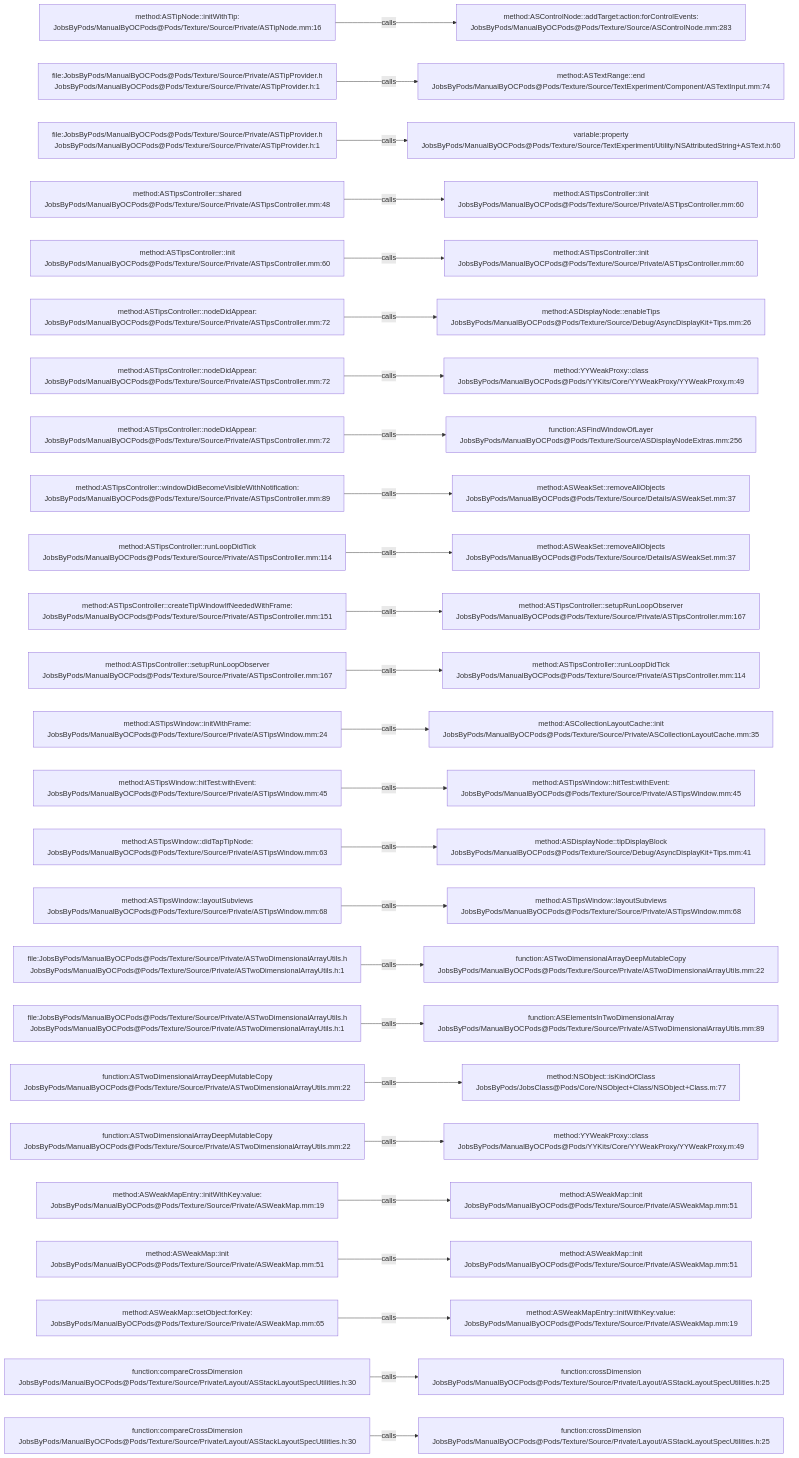
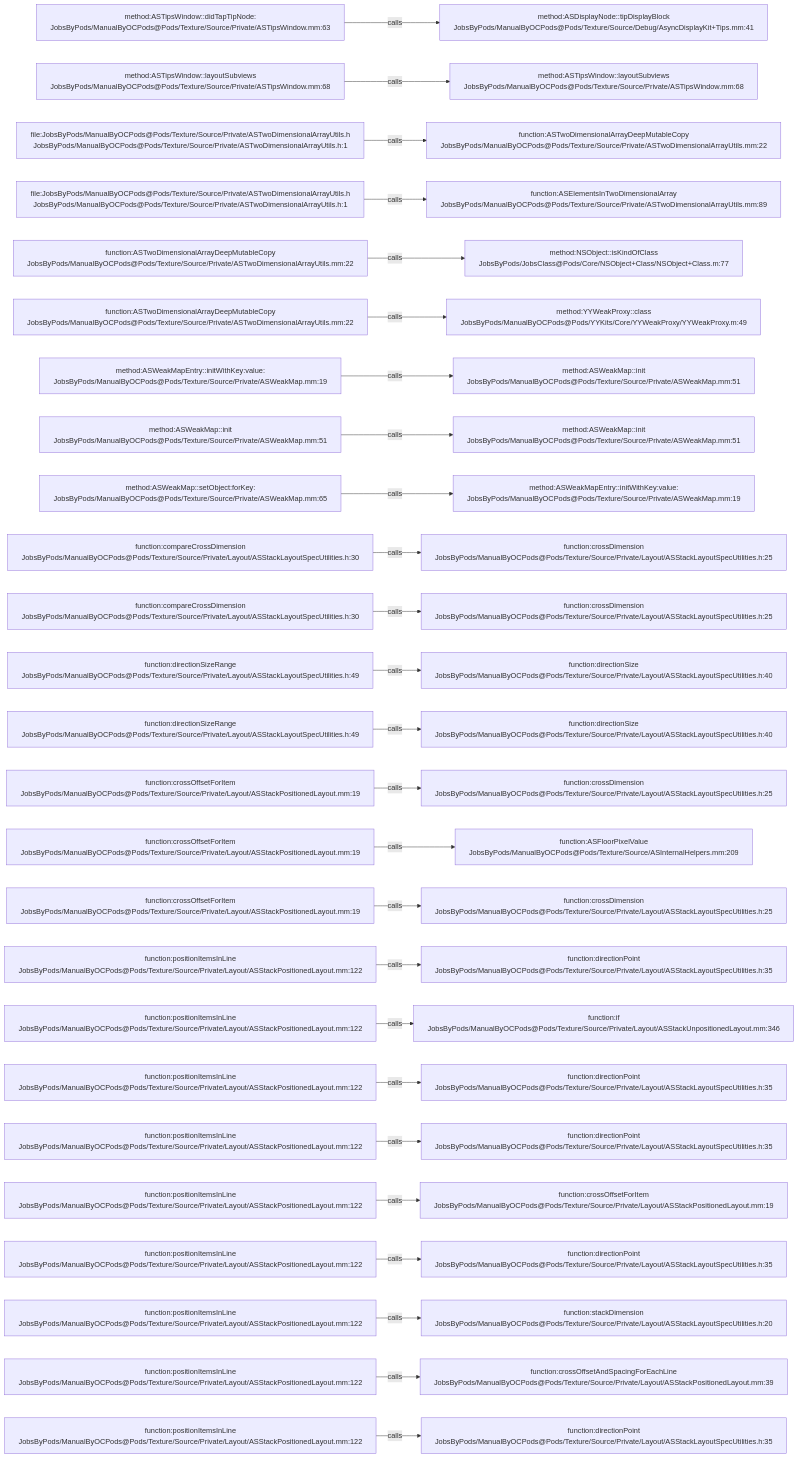
Before and after one commit to JobsKits/JobsOCBaseConfigDemo: the diagram in .codegraph/codegraph.md/graphs/calls-194.md, drawn with Mermaid. The commit also changed 296 other files, not shown here.

````diff
--- a/.codegraph/codegraph.md/graphs/calls-194.md
+++ b/.codegraph/codegraph.md/graphs/calls-194.md
@@ -13,78 +13,78 @@
 ```mermaid
 flowchart LR
-  S1["method:ASTipNode::initWithTip:<br/>JobsByPods/ManualByOCPods@Pods/Texture/Source/Private/ASTipNode.mm:16"]
-  T1["method:ASControlNode::addTarget:action:forControlEvents:<br/>JobsByPods/ManualByOCPods@Pods/Texture/Source/ASControlNode.mm:283"]
+  S1["method:ASTipsWindow::didTapTipNode:<br/>JobsByPods/ManualByOCPods@Pods/Texture/Source/Private/ASTipsWindow.mm:63"]
+  T1["method:ASDisplayNode::tipDisplayBlock<br/>JobsByPods/ManualByOCPods@Pods/Texture/Source/Debug/AsyncDisplayKit+Tips.mm:41"]
   S1 -->|calls| T1
-  S2["file:JobsByPods/ManualByOCPods@Pods/Texture/Source/Private/ASTipProvider.h<br/>JobsByPods/ManualByOCPods@Pods/Texture/Source/Private/ASTipProvider.h:1"]
-  T2["method:ASTextRange::end<br/>JobsByPods/ManualByOCPods@Pods/Texture/Source/TextExperiment/Component/ASTextInput.mm:74"]
+  S2["method:ASTipsWindow::layoutSubviews<br/>JobsByPods/ManualByOCPods@Pods/Texture/Source/Private/ASTipsWindow.mm:68"]
+  T2["method:ASTipsWindow::layoutSubviews<br/>JobsByPods/ManualByOCPods@Pods/Texture/Source/Private/ASTipsWindow.mm:68"]
   S2 -->|calls| T2
-  S3["file:JobsByPods/ManualByOCPods@Pods/Texture/Source/Private/ASTipProvider.h<br/>JobsByPods/ManualByOCPods@Pods/Texture/Source/Private/ASTipProvider.h:1"]
-  T3["variable:property<br/>JobsByPods/ManualByOCPods@Pods/Texture/Source/TextExperiment/Utility/NSAttributedString+ASText.h:60"]
+  S3["file:JobsByPods/ManualByOCPods@Pods/Texture/Source/Private/ASTwoDimensionalArrayUtils.h<br/>JobsByPods/ManualByOCPods@Pods/Texture/Source/Private/ASTwoDimensionalArrayUtils.h:1"]
+  T3["function:ASTwoDimensionalArrayDeepMutableCopy<br/>JobsByPods/ManualByOCPods@Pods/Texture/Source/Private/ASTwoDimensionalArrayUtils.mm:22"]
   S3 -->|calls| T3
-  S4["method:ASTipsController::shared<br/>JobsByPods/ManualByOCPods@Pods/Texture/Source/Private/ASTipsController.mm:48"]
-  T4["method:ASTipsController::init<br/>JobsByPods/ManualByOCPods@Pods/Texture/Source/Private/ASTipsController.mm:60"]
+  S4["file:JobsByPods/ManualByOCPods@Pods/Texture/Source/Private/ASTwoDimensionalArrayUtils.h<br/>JobsByPods/ManualByOCPods@Pods/Texture/Source/Private/ASTwoDimensionalArrayUtils.h:1"]
+  T4["function:ASElementsInTwoDimensionalArray<br/>JobsByPods/ManualByOCPods@Pods/Texture/Source/Private/ASTwoDimensionalArrayUtils.mm:89"]
   S4 -->|calls| T4
-  S5["method:ASTipsController::init<br/>JobsByPods/ManualByOCPods@Pods/Texture/Source/Private/ASTipsController.mm:60"]
-  T5["method:ASTipsController::init<br/>JobsByPods/ManualByOCPods@Pods/Texture/Source/Private/ASTipsController.mm:60"]
+  S5["function:ASTwoDimensionalArrayDeepMutableCopy<br/>JobsByPods/ManualByOCPods@Pods/Texture/Source/Private/ASTwoDimensionalArrayUtils.mm:22"]
+  T5["method:NSObject::isKindOfClass<br/>JobsByPods/JobsClass@Pods/Core/NSObject+Class/NSObject+Class.m:77"]
   S5 -->|calls| T5
-  S6["method:ASTipsController::nodeDidAppear:<br/>JobsByPods/ManualByOCPods@Pods/Texture/Source/Private/ASTipsController.mm:72"]
-  T6["method:ASDisplayNode::enableTips<br/>JobsByPods/ManualByOCPods@Pods/Texture/Source/Debug/AsyncDisplayKit+Tips.mm:26"]
+  S6["function:ASTwoDimensionalArrayDeepMutableCopy<br/>JobsByPods/ManualByOCPods@Pods/Texture/Source/Private/ASTwoDimensionalArrayUtils.mm:22"]
+  T6["method:YYWeakProxy::class<br/>JobsByPods/ManualByOCPods@Pods/YYKits/Core/YYWeakProxy/YYWeakProxy.m:49"]
   S6 -->|calls| T6
-  S7["method:ASTipsController::nodeDidAppear:<br/>JobsByPods/ManualByOCPods@Pods/Texture/Source/Private/ASTipsController.mm:72"]
-  T7["method:YYWeakProxy::class<br/>JobsByPods/ManualByOCPods@Pods/YYKits/Core/YYWeakProxy/YYWeakProxy.m:49"]
+  S7["method:ASWeakMapEntry::initWithKey:value:<br/>JobsByPods/ManualByOCPods@Pods/Texture/Source/Private/ASWeakMap.mm:19"]
+  T7["method:ASWeakMap::init<br/>JobsByPods/ManualByOCPods@Pods/Texture/Source/Private/ASWeakMap.mm:51"]
   S7 -->|calls| T7
-  S8["method:ASTipsController::nodeDidAppear:<br/>JobsByPods/ManualByOCPods@Pods/Texture/Source/Private/ASTipsController.mm:72"]
-  T8["function:ASFindWindowOfLayer<br/>JobsByPods/ManualByOCPods@Pods/Texture/Source/ASDisplayNodeExtras.mm:256"]
+  S8["method:ASWeakMap::init<br/>JobsByPods/ManualByOCPods@Pods/Texture/Source/Private/ASWeakMap.mm:51"]
+  T8["method:ASWeakMap::init<br/>JobsByPods/ManualByOCPods@Pods/Texture/Source/Private/ASWeakMap.mm:51"]
   S8 -->|calls| T8
-  S9["method:ASTipsController::windowDidBecomeVisibleWithNotification:<br/>JobsByPods/ManualByOCPods@Pods/Texture/Source/Private/ASTipsController.mm:89"]
-  T9["method:ASWeakSet::removeAllObjects<br/>JobsByPods/ManualByOCPods@Pods/Texture/Source/Details/ASWeakSet.mm:37"]
+  S9["method:ASWeakMap::setObject:forKey:<br/>JobsByPods/ManualByOCPods@Pods/Texture/Source/Private/ASWeakMap.mm:65"]
+  T9["method:ASWeakMapEntry::initWithKey:value:<br/>JobsByPods/ManualByOCPods@Pods/Texture/Source/Private/ASWeakMap.mm:19"]
   S9 -->|calls| T9
-  S10["method:ASTipsController::runLoopDidTick<br/>JobsByPods/ManualByOCPods@Pods/Texture/Source/Private/ASTipsController.mm:114"]
-  T10["method:ASWeakSet::removeAllObjects<br/>JobsByPods/ManualByOCPods@Pods/Texture/Source/Details/ASWeakSet.mm:37"]
+  S10["function:compareCrossDimension<br/>JobsByPods/ManualByOCPods@Pods/Texture/Source/Private/Layout/ASStackLayoutSpecUtilities.h:30"]
+  T10["function:crossDimension<br/>JobsByPods/ManualByOCPods@Pods/Texture/Source/Private/Layout/ASStackLayoutSpecUtilities.h:25"]
   S10 -->|calls| T10
-  S11["method:ASTipsController::createTipWindowIfNeededWithFrame:<br/>JobsByPods/ManualByOCPods@Pods/Texture/Source/Private/ASTipsController.mm:151"]
-  T11["method:ASTipsController::setupRunLoopObserver<br/>JobsByPods/ManualByOCPods@Pods/Texture/Source/Private/ASTipsController.mm:167"]
+  S11["function:compareCrossDimension<br/>JobsByPods/ManualByOCPods@Pods/Texture/Source/Private/Layout/ASStackLayoutSpecUtilities.h:30"]
+  T11["function:crossDimension<br/>JobsByPods/ManualByOCPods@Pods/Texture/Source/Private/Layout/ASStackLayoutSpecUtilities.h:25"]
   S11 -->|calls| T11
-  S12["method:ASTipsController::setupRunLoopObserver<br/>JobsByPods/ManualByOCPods@Pods/Texture/Source/Private/ASTipsController.mm:167"]
-  T12["method:ASTipsController::runLoopDidTick<br/>JobsByPods/ManualByOCPods@Pods/Texture/Source/Private/ASTipsController.mm:114"]
+  S12["function:directionSizeRange<br/>JobsByPods/ManualByOCPods@Pods/Texture/Source/Private/Layout/ASStackLayoutSpecUtilities.h:49"]
+  T12["function:directionSize<br/>JobsByPods/ManualByOCPods@Pods/Texture/Source/Private/Layout/ASStackLayoutSpecUtilities.h:40"]
   S12 -->|calls| T12
-  S13["method:ASTipsWindow::initWithFrame:<br/>JobsByPods/ManualByOCPods@Pods/Texture/Source/Private/ASTipsWindow.mm:24"]
-  T13["method:ASCollectionLayoutCache::init<br/>JobsByPods/ManualByOCPods@Pods/Texture/Source/Private/ASCollectionLayoutCache.mm:35"]
+  S13["function:directionSizeRange<br/>JobsByPods/ManualByOCPods@Pods/Texture/Source/Private/Layout/ASStackLayoutSpecUtilities.h:49"]
+  T13["function:directionSize<br/>JobsByPods/ManualByOCPods@Pods/Texture/Source/Private/Layout/ASStackLayoutSpecUtilities.h:40"]
   S13 -->|calls| T13
-  S14["method:ASTipsWindow::hitTest:withEvent:<br/>JobsByPods/ManualByOCPods@Pods/Texture/Source/Private/ASTipsWindow.mm:45"]
-  T14["method:ASTipsWindow::hitTest:withEvent:<br/>JobsByPods/ManualByOCPods@Pods/Texture/Source/Private/ASTipsWindow.mm:45"]
+  S14["function:crossOffsetForItem<br/>JobsByPods/ManualByOCPods@Pods/Texture/Source/Private/Layout/ASStackPositionedLayout.mm:19"]
+  T14["function:crossDimension<br/>JobsByPods/ManualByOCPods@Pods/Texture/Source/Private/Layout/ASStackLayoutSpecUtilities.h:25"]
   S14 -->|calls| T14
-  S15["method:ASTipsWindow::didTapTipNode:<br/>JobsByPods/ManualByOCPods@Pods/Texture/Source/Private/ASTipsWindow.mm:63"]
-  T15["method:ASDisplayNode::tipDisplayBlock<br/>JobsByPods/ManualByOCPods@Pods/Texture/Source/Debug/AsyncDisplayKit+Tips.mm:41"]
+  S15["function:crossOffsetForItem<br/>JobsByPods/ManualByOCPods@Pods/Texture/Source/Private/Layout/ASStackPositionedLayout.mm:19"]
+  T15["function:ASFloorPixelValue<br/>JobsByPods/ManualByOCPods@Pods/Texture/Source/ASInternalHelpers.mm:209"]
   S15 -->|calls| T15
-  S16["method:ASTipsWindow::layoutSubviews<br/>JobsByPods/ManualByOCPods@Pods/Texture/Source/Private/ASTipsWindow.mm:68"]
-  T16["method:ASTipsWindow::layoutSubviews<br/>JobsByPods/ManualByOCPods@Pods/Texture/Source/Private/ASTipsWindow.mm:68"]
+  S16["function:crossOffsetForItem<br/>JobsByPods/ManualByOCPods@Pods/Texture/Source/Private/Layout/ASStackPositionedLayout.mm:19"]
+  T16["function:crossDimension<br/>JobsByPods/ManualByOCPods@Pods/Texture/Source/Private/Layout/ASStackLayoutSpecUtilities.h:25"]
   S16 -->|calls| T16
-  S17["file:JobsByPods/ManualByOCPods@Pods/Texture/Source/Private/ASTwoDimensionalArrayUtils.h<br/>JobsByPods/ManualByOCPods@Pods/Texture/Source/Private/ASTwoDimensionalArrayUtils.h:1"]
-  T17["function:ASTwoDimensionalArrayDeepMutableCopy<br/>JobsByPods/ManualByOCPods@Pods/Texture/Source/Private/ASTwoDimensionalArrayUtils.mm:22"]
+  S17["function:positionItemsInLine<br/>JobsByPods/ManualByOCPods@Pods/Texture/Source/Private/Layout/ASStackPositionedLayout.mm:122"]
+  T17["function:directionPoint<br/>JobsByPods/ManualByOCPods@Pods/Texture/Source/Private/Layout/ASStackLayoutSpecUtilities.h:35"]
   S17 -->|calls| T17
-  S18["file:JobsByPods/ManualByOCPods@Pods/Texture/Source/Private/ASTwoDimensionalArrayUtils.h<br/>JobsByPods/ManualByOCPods@Pods/Texture/Source/Private/ASTwoDimensionalArrayUtils.h:1"]
-  T18["function:ASElementsInTwoDimensionalArray<br/>JobsByPods/ManualByOCPods@Pods/Texture/Source/Private/ASTwoDimensionalArrayUtils.mm:89"]
+  S18["function:positionItemsInLine<br/>JobsByPods/ManualByOCPods@Pods/Texture/Source/Private/Layout/ASStackPositionedLayout.mm:122"]
+  T18["function:if<br/>JobsByPods/ManualByOCPods@Pods/Texture/Source/Private/Layout/ASStackUnpositionedLayout.mm:346"]
   S18 -->|calls| T18
-  S19["function:ASTwoDimensionalArrayDeepMutableCopy<br/>JobsByPods/ManualByOCPods@Pods/Texture/Source/Private/ASTwoDimensionalArrayUtils.mm:22"]
-  T19["method:NSObject::isKindOfClass<br/>JobsByPods/JobsClass@Pods/Core/NSObject+Class/NSObject+Class.m:77"]
+  S19["function:positionItemsInLine<br/>JobsByPods/ManualByOCPods@Pods/Texture/Source/Private/Layout/ASStackPositionedLayout.mm:122"]
+  T19["function:directionPoint<br/>JobsByPods/ManualByOCPods@Pods/Texture/Source/Private/Layout/ASStackLayoutSpecUtilities.h:35"]
   S19 -->|calls| T19
-  S20["function:ASTwoDimensionalArrayDeepMutableCopy<br/>JobsByPods/ManualByOCPods@Pods/Texture/Source/Private/ASTwoDimensionalArrayUtils.mm:22"]
-  T20["method:YYWeakProxy::class<br/>JobsByPods/ManualByOCPods@Pods/YYKits/Core/YYWeakProxy/YYWeakProxy.m:49"]
+  S20["function:positionItemsInLine<br/>JobsByPods/ManualByOCPods@Pods/Texture/Source/Private/Layout/ASStackPositionedLayout.mm:122"]
+  T20["function:directionPoint<br/>JobsByPods/ManualByOCPods@Pods/Texture/Source/Private/Layout/ASStackLayoutSpecUtilities.h:35"]
   S20 -->|calls| T20
-  S21["method:ASWeakMapEntry::initWithKey:value:<br/>JobsByPods/ManualByOCPods@Pods/Texture/Source/Private/ASWeakMap.mm:19"]
-  T21["method:ASWeakMap::init<br/>JobsByPods/ManualByOCPods@Pods/Texture/Source/Private/ASWeakMap.mm:51"]
+  S21["function:positionItemsInLine<br/>JobsByPods/ManualByOCPods@Pods/Texture/Source/Private/Layout/ASStackPositionedLayout.mm:122"]
+  T21["function:crossOffsetForItem<br/>JobsByPods/ManualByOCPods@Pods/Texture/Source/Private/Layout/ASStackPositionedLayout.mm:19"]
   S21 -->|calls| T21
-  S22["method:ASWeakMap::init<br/>JobsByPods/ManualByOCPods@Pods/Texture/Source/Private/ASWeakMap.mm:51"]
-  T22["method:ASWeakMap::init<br/>JobsByPods/ManualByOCPods@Pods/Texture/Source/Private/ASWeakMap.mm:51"]
+  S22["function:positionItemsInLine<br/>JobsByPods/ManualByOCPods@Pods/Texture/Source/Private/Layout/ASStackPositionedLayout.mm:122"]
+  T22["function:directionPoint<br/>JobsByPods/ManualByOCPods@Pods/Texture/Source/Private/Layout/ASStackLayoutSpecUtilities.h:35"]
   S22 -->|calls| T22
-  S23["method:ASWeakMap::setObject:forKey:<br/>JobsByPods/ManualByOCPods@Pods/Texture/Source/Private/ASWeakMap.mm:65"]
-  T23["method:ASWeakMapEntry::initWithKey:value:<br/>JobsByPods/ManualByOCPods@Pods/Texture/Source/Private/ASWeakMap.mm:19"]
+  S23["function:positionItemsInLine<br/>JobsByPods/ManualByOCPods@Pods/Texture/Source/Private/Layout/ASStackPositionedLayout.mm:122"]
+  T23["function:stackDimension<br/>JobsByPods/ManualByOCPods@Pods/Texture/Source/Private/Layout/ASStackLayoutSpecUtilities.h:20"]
   S23 -->|calls| T23
-  S24["function:compareCrossDimension<br/>JobsByPods/ManualByOCPods@Pods/Texture/Source/Private/Layout/ASStackLayoutSpecUtilities.h:30"]
-  T24["function:crossDimension<br/>JobsByPods/ManualByOCPods@Pods/Texture/Source/Private/Layout/ASStackLayoutSpecUtilities.h:25"]
+  S24["function:positionItemsInLine<br/>JobsByPods/ManualByOCPods@Pods/Texture/Source/Private/Layout/ASStackPositionedLayout.mm:122"]
+  T24["function:crossOffsetAndSpacingForEachLine<br/>JobsByPods/ManualByOCPods@Pods/Texture/Source/Private/Layout/ASStackPositionedLayout.mm:39"]
   S24 -->|calls| T24
-  S25["function:compareCrossDimension<br/>JobsByPods/ManualByOCPods@Pods/Texture/Source/Private/Layout/ASStackLayoutSpecUtilities.h:30"]
-  T25["function:crossDimension<br/>JobsByPods/ManualByOCPods@Pods/Texture/Source/Private/Layout/ASStackLayoutSpecUtilities.h:25"]
+  S25["function:positionItemsInLine<br/>JobsByPods/ManualByOCPods@Pods/Texture/Source/Private/Layout/ASStackPositionedLayout.mm:122"]
+  T25["function:directionPoint<br/>JobsByPods/ManualByOCPods@Pods/Texture/Source/Private/Layout/ASStackLayoutSpecUtilities.h:35"]
   S25 -->|calls| T25
 ```
````
